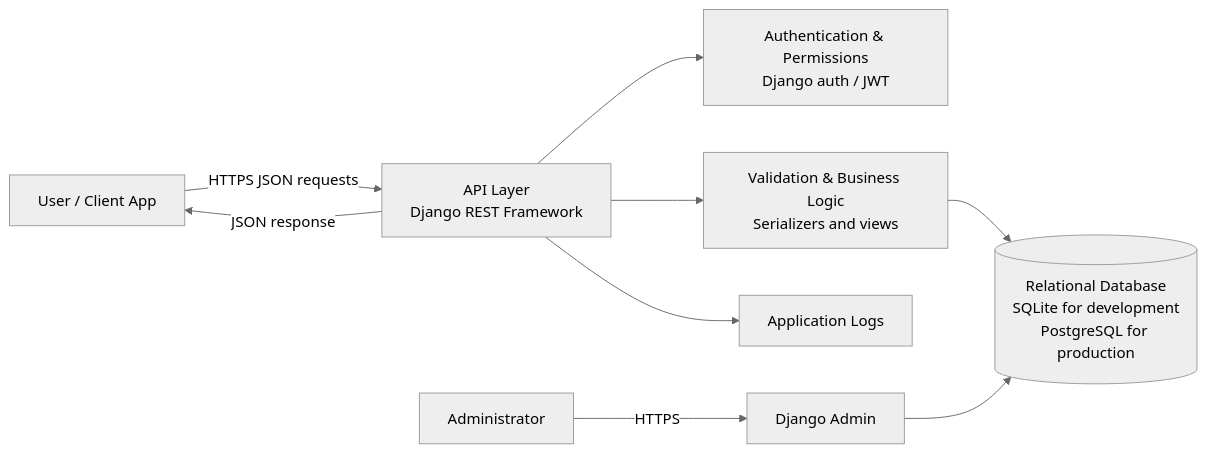
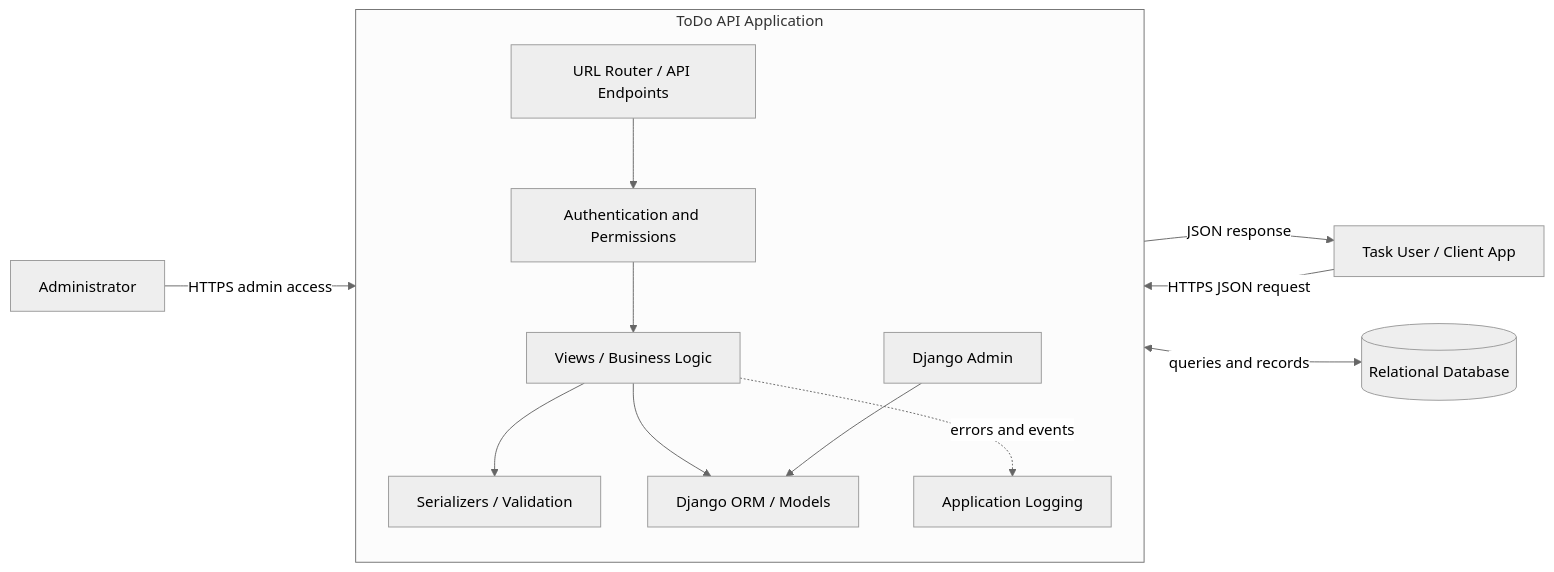
The first of 4 diagrams in README.md (shivamm070402/ToDo-API), drawn with Mermaid (neutral theme) before and after one commit. The commit also changed other lines of this file, not shown here.

````diff
--- a/README.md
+++ b/README.md
@@ -86,11 +51,25 @@
 ```mermaid
 flowchart LR
-    U[User / Client App] -->|HTTPS JSON requests| API[API Layer\nDjango REST Framework]
-    API --> AUTH[Authentication & Permissions\nDjango auth / JWT]
-    API --> VAL[Validation & Business Logic\nSerializers and views]
-    VAL --> DB[(Relational Database\nSQLite for development\nPostgreSQL for production)]
-    API --> LOG[Application Logs]
-    ADMIN[Administrator] -->|HTTPS| DJ[Django Admin]
-    DJ --> DB
-    API -->|JSON response| U
+    USER[Task User / Client App]
+    ADMIN[Administrator]
+    subgraph APP[ToDo API Application]
+        direction TB
+        ROUTER[URL Router / API Endpoints]
+        AUTH[Authentication and Permissions]
+        VIEW[Views / Business Logic]
+        SER[Serializers / Validation]
+        ORM[Django ORM / Models]
+        DJADMIN[Django Admin]
+        LOG[Application Logging]
+        ROUTER --> AUTH --> VIEW
+        VIEW --> SER
+        VIEW --> ORM
+        DJADMIN --> ORM
+        VIEW -. errors and events .-> LOG
+    end
+    DB[(Relational Database)]
+    USER -->|HTTPS JSON request| ROUTER
+    ROUTER -->|JSON response| USER
+    ADMIN -->|HTTPS admin access| DJADMIN
+    ORM <-->|queries and records| DB
 ```
````
